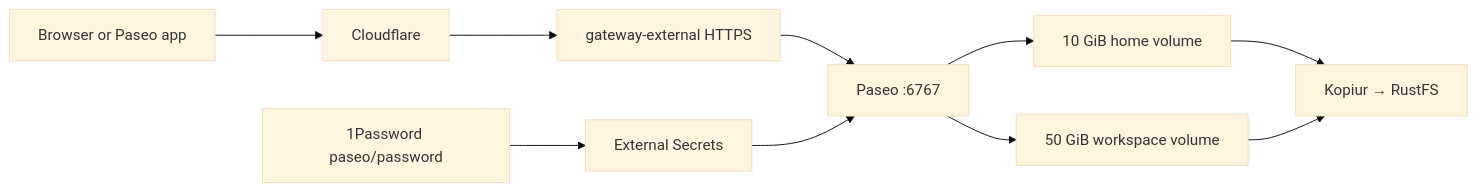
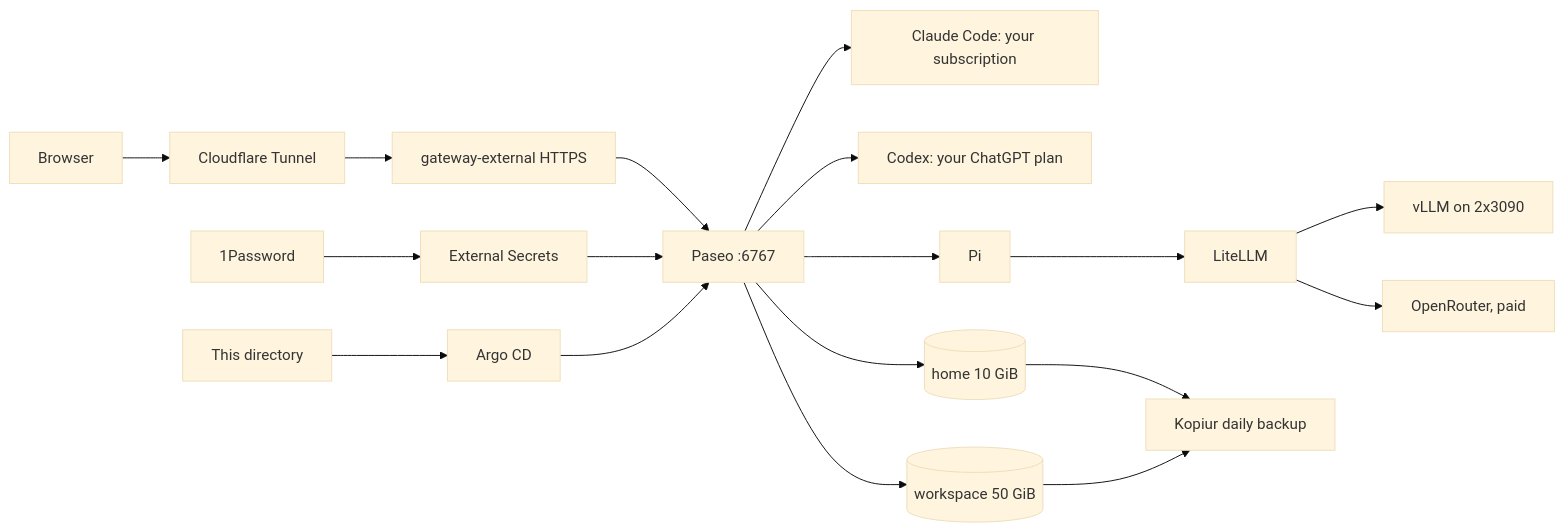
Before and after one commit to mitchross/talos-argocd-proxmox: the diagram in my-apps/development/paseo/README.md, drawn with Mermaid (base theme). The commit also changed other lines of this file and 9 other files, not shown here.

````diff
--- a/my-apps/development/paseo/README.md
+++ b/my-apps/development/paseo/README.md
@@ -7,12 +9,14 @@
 ```mermaid
 flowchart LR
-    Client[Browser or Paseo app] --> CF[Cloudflare]
-    CF --> Gateway[gateway-external HTTPS]
-    Gateway --> Paseo[Paseo :6767]
-    Vault[1Password paseo/password] --> ESO[External Secrets]
-    ESO --> Paseo
-    Paseo --> Home[10 GiB home volume]
-    Paseo --> Workspace[50 GiB workspace volume]
-    Home --> Backup[Kopiur → RustFS]
-    Workspace --> Backup
+    Browser --> CF[Cloudflare Tunnel] --> GW[gateway-external HTTPS] --> Paseo[Paseo :6767]
+    Vault[1Password] --> ESO[External Secrets] --> Paseo
+    Git[This directory] --> Argo[Argo CD] --> Paseo
+    Paseo --> Claude[Claude Code: your subscription]
+    Paseo --> Codex[Codex: your ChatGPT plan]
+    Paseo --> Pi[Pi] --> LiteLLM --> vLLM[vLLM on 2x3090]
+    LiteLLM --> OR[OpenRouter, paid]
+    Paseo --> Home[(home 10 GiB)]
+    Paseo --> Work[(workspace 50 GiB)]
+    Home --> Kopiur[Kopiur daily backup]
+    Work --> Kopiur
 ```
````
